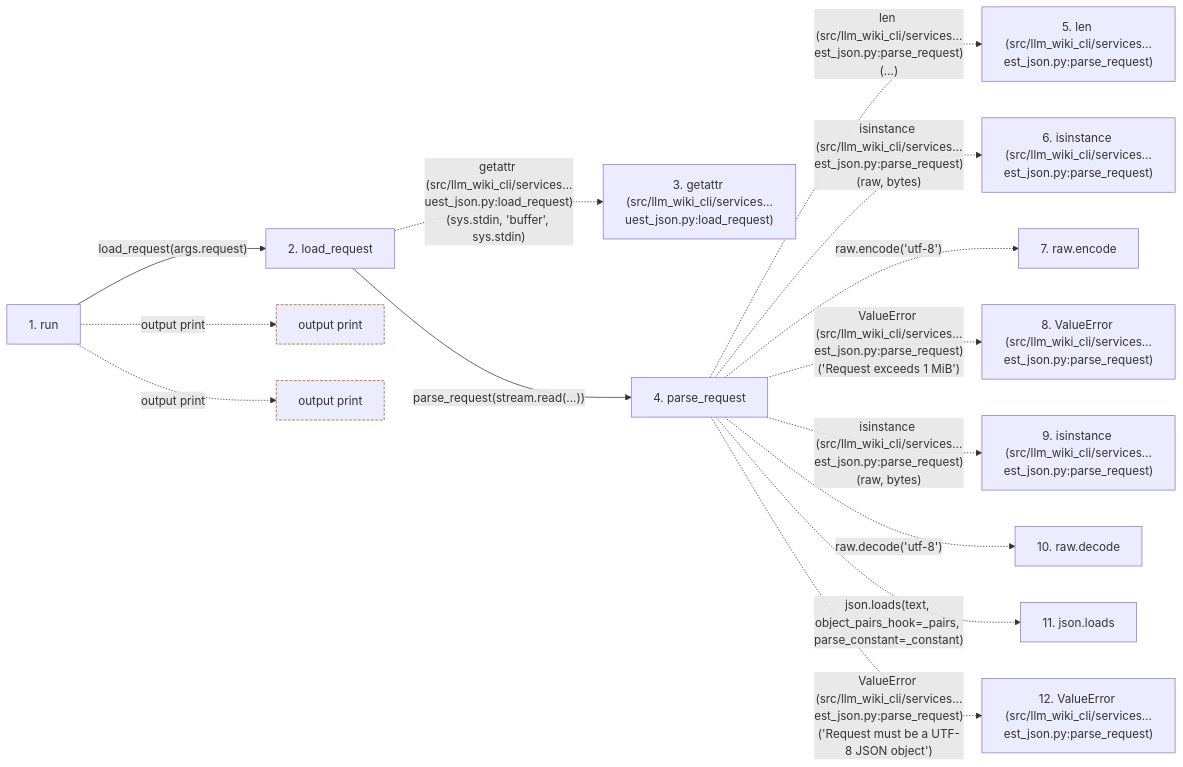
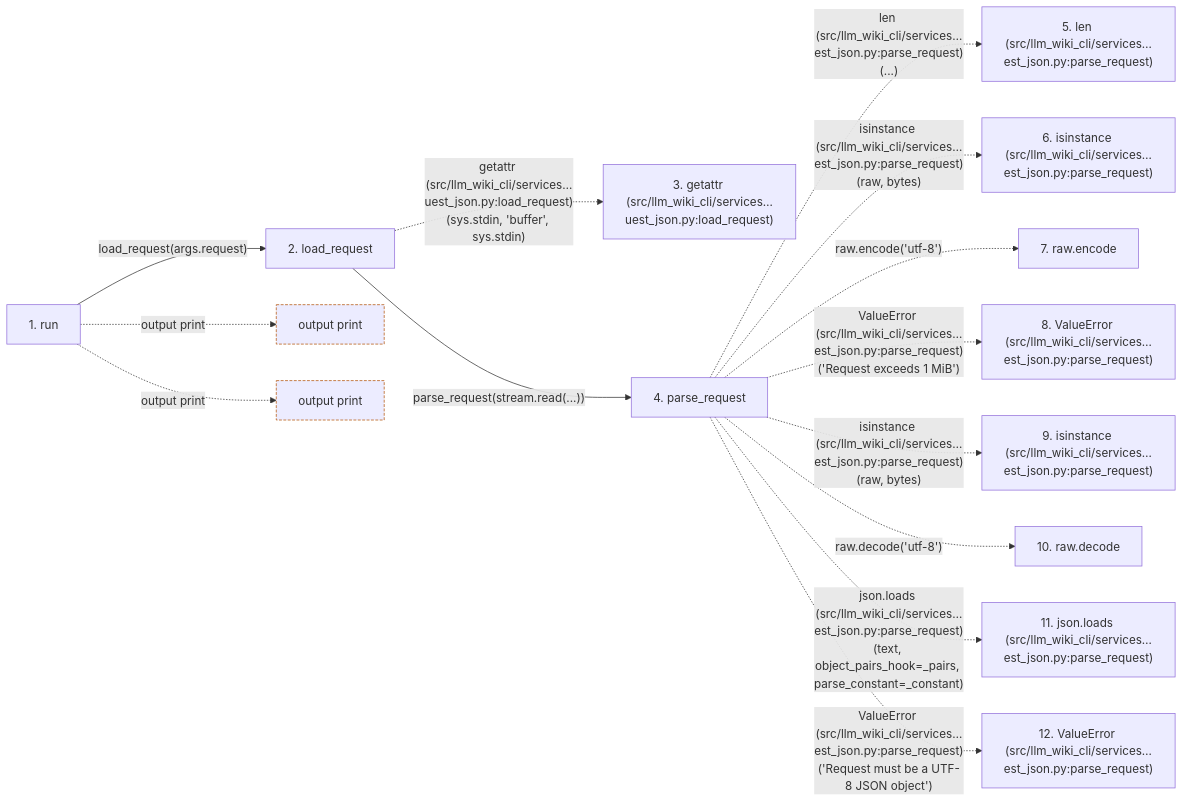
One commit to Denissvgn/python-wiki-llm changed the second of 2 diagrams in docs/llm_wiki/flows/cli-task-context.md. Above: the diagram before and after it, drawn with Mermaid. The commit also changed other lines of this file and 6245 other files, not shown here.

````diff
--- a/docs/llm_wiki/flows/cli-task-context.md
+++ b/docs/llm_wiki/flows/cli-task-context.md
@@ -109,36 +118,36 @@
 ```mermaid
 flowchart LR
     s1["1. run"]
     s2["2. load_request"]
     s3["3. getattr (src/llm_wiki_cli/services…uest_json.py:load_request)"]
     s4["4. parse_request"]
     s5["5. len (src/llm_wiki_cli/services…est_json.py:parse_request)"]
     s6["6. isinstance (src/llm_wiki_cli/services…est_json.py:parse_request)"]
     s7["7. raw.encode"]
     s8["8. ValueError (src/llm_wiki_cli/services…est_json.py:parse_request)"]
     s9["9. isinstance (src/llm_wiki_cli/services…est_json.py:parse_request)"]
     s10["10. raw.decode"]
-    s11["11. json.loads"]
+    s11["11. json.loads (src/llm_wiki_cli/services…est_json.py:parse_request)"]
     s12["12. ValueError (src/llm_wiki_cli/services…est_json.py:parse_request)"]
     s1 -->|"load_request(args.request)"| s2
     s2 -. "getattr (src/llm_wiki_cli/services…uest_json.py:load_request)(sys.stdin, 'buffer', sys.stdin)" .-> s3
     s2 -->|"parse_request(stream.read(...))"| s4
     s4 -. "len (src/llm_wiki_cli/services…est_json.py:parse_request)(...)" .-> s5
     s4 -. "isinstance (src/llm_wiki_cli/services…est_json.py:parse_request)(raw, bytes)" .-> s6
     s4 -. "raw.encode('utf-8')" .-> s7
     s4 -. "ValueError (src/llm_wiki_cli/services…est_json.py:parse_request)('Request exceeds 1 MiB')" .-> s8
     s4 -. "isinstance (src/llm_wiki_cli/services…est_json.py:parse_request)(raw, bytes)" .-> s9
     s4 -. "raw.decode('utf-8')" .-> s10
-    s4 -. "json.loads(text, object_pairs_hook=_pairs, parse_constant=_constant)" .-> s11
+    s4 -. "json.loads (src/llm_wiki_cli/services…est_json.py:parse_request)(text, object_pairs_hook=_pairs, parse_constant=_constant)" .-> s11
     s4 -. "ValueError (src/llm_wiki_cli/services…est_json.py:parse_request)('Request must be a UTF-8 JSON object')" .-> s12
     b0["output print"]
     s1 -. "output print" .-> b0
     b1["output print"]
     s1 -. "output print" .-> b1
     click s1 "../modules/task_cmd.md"
     click s2 "../modules/request_json.md"
     click s4 "../modules/request_json.md"
     classDef boundary stroke:#b45309,stroke-dasharray: 4 2
     class b0 boundary
     class b1 boundary
 ```
````
